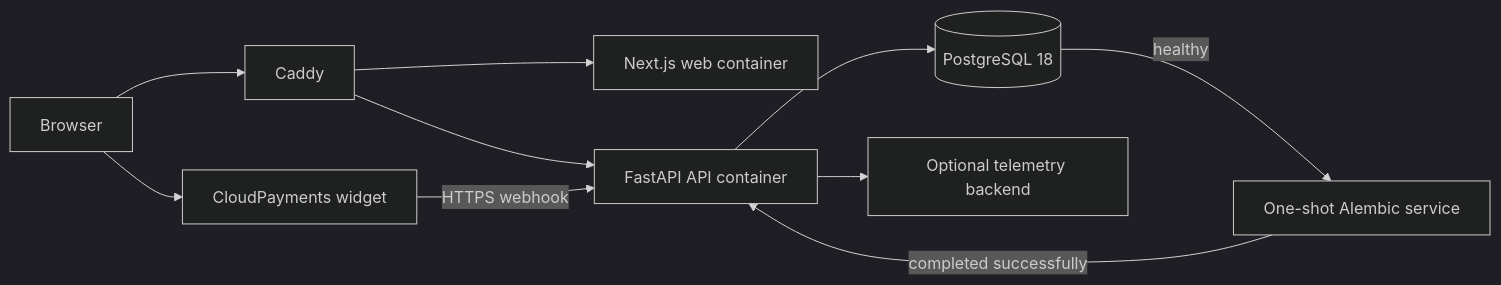
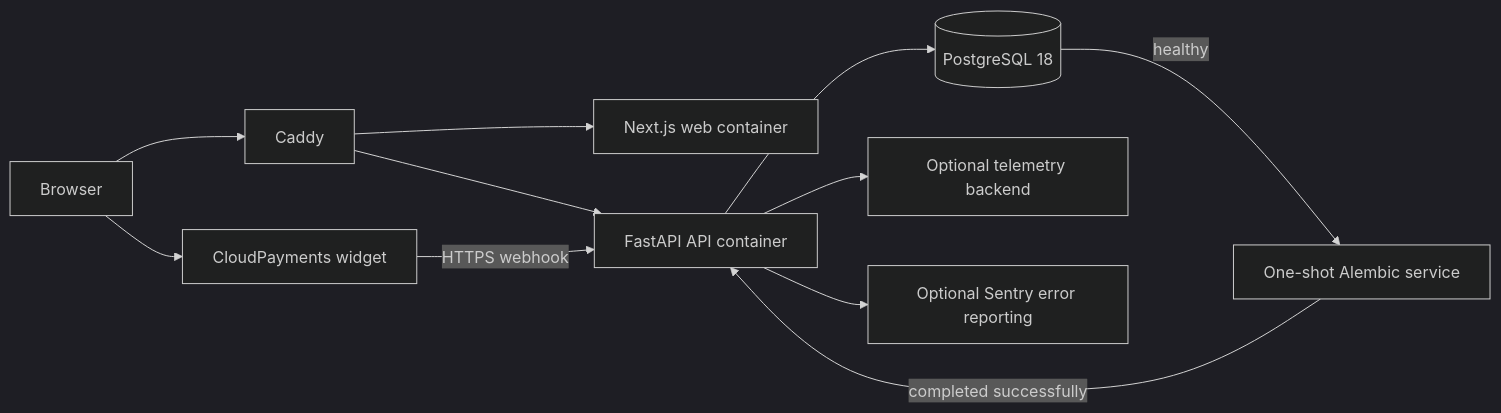
Before and after one commit to gushinets/payments-portal: the diagram in docs/architecture/deployment.md, drawn with Mermaid (dark theme). The commit also changed other lines of this file and 27 other files, not shown here.

First line of the commit message:
ANY-458 - Integrate Sentry error reporting (#92)

````diff
--- a/docs/architecture/deployment.md
+++ b/docs/architecture/deployment.md
@@ -8,12 +8,13 @@
 ```mermaid
 flowchart LR
   Browser["Browser"] --> Caddy["Caddy"]
   Caddy --> Web["Next.js web container"]
   Caddy --> API["FastAPI API container"]
   DB[("PostgreSQL 18")] -->|"healthy"| Migrate["One-shot Alembic service"]
   Migrate -->|"completed successfully"| API
   API --> DB
   Browser --> CP["CloudPayments widget"]
   CP -->|"HTTPS webhook"| API
   API --> OTEL["Optional telemetry backend"]
+  API --> Sentry["Optional Sentry error reporting"]
 ```
````
